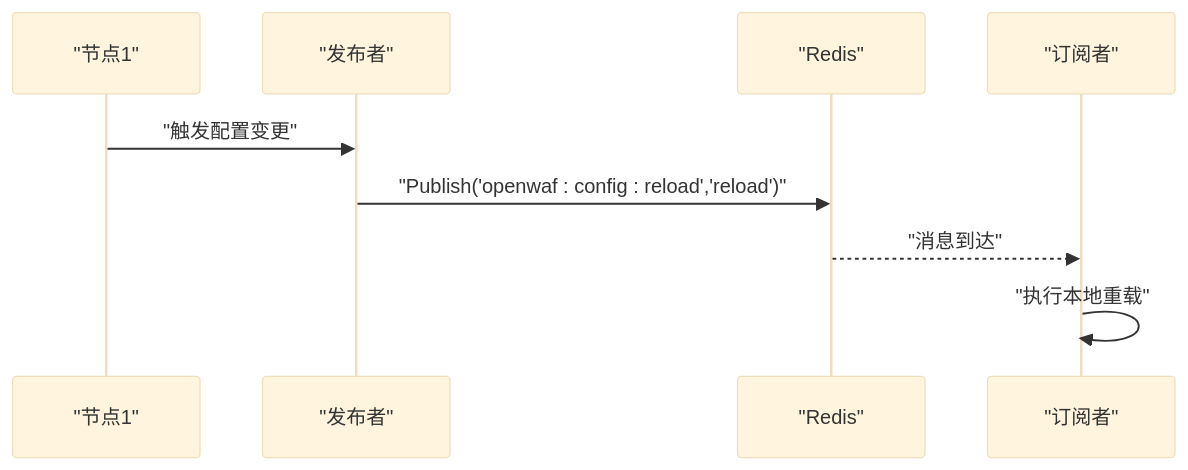
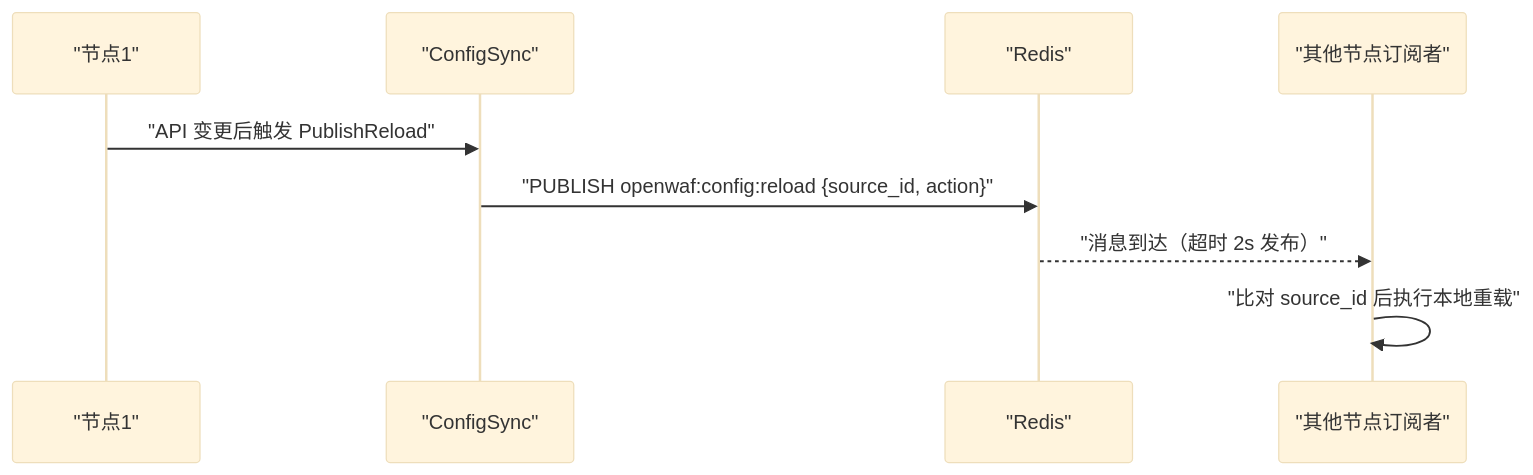
The eighth of 9 diagrams in docs/数据平面处理/SSE 事件推送.md (x01n/My-OpenWaf), drawn with Mermaid (base theme) before and after one commit. The commit also changed other lines of this file and 622 other files, not shown here.

````diff
--- a/docs/数据平面处理/SSE 事件推送.md
+++ b/docs/数据平面处理/SSE 事件推送.md
@@ -283,11 +417,11 @@
 ```mermaid
 sequenceDiagram
 participant N1 as "节点1"
-participant Pub as "发布者"
+participant Pub as "ConfigSync"
 participant R as "Redis"
-participant Sub as "订阅者"
-N1->>Pub : "触发配置变更"
-Pub->>R : "Publish('openwaf : config : reload','reload')"
-R-->>Sub : "消息到达"
-Sub->>Sub : "执行本地重载"
+participant Sub as "其他节点订阅者"
+N1->>Pub : "API 变更后触发 PublishReload"
+Pub->>R : "PUBLISH openwaf:config:reload {source_id, action}"
+R-->>Sub : "消息到达（超时 2s 发布）"
+Sub->>Sub : "比对 source_id 后执行本地重载"
 ```
````
